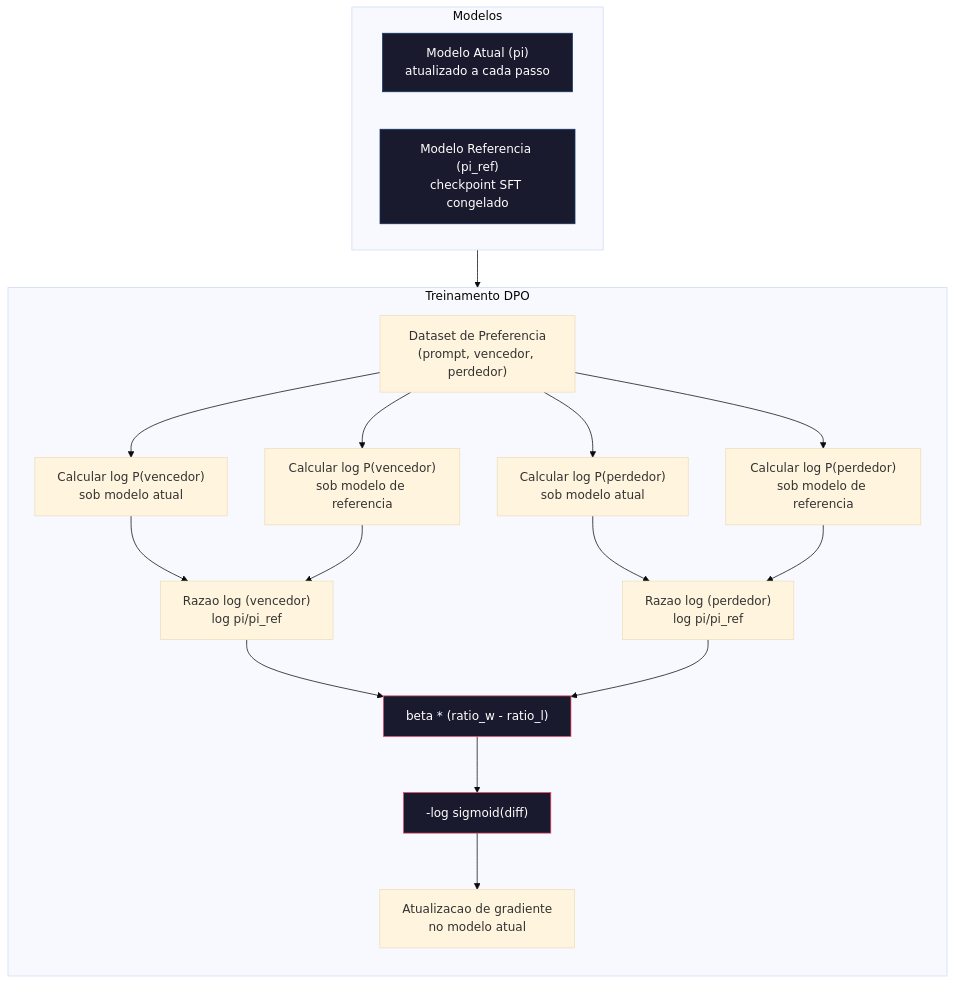
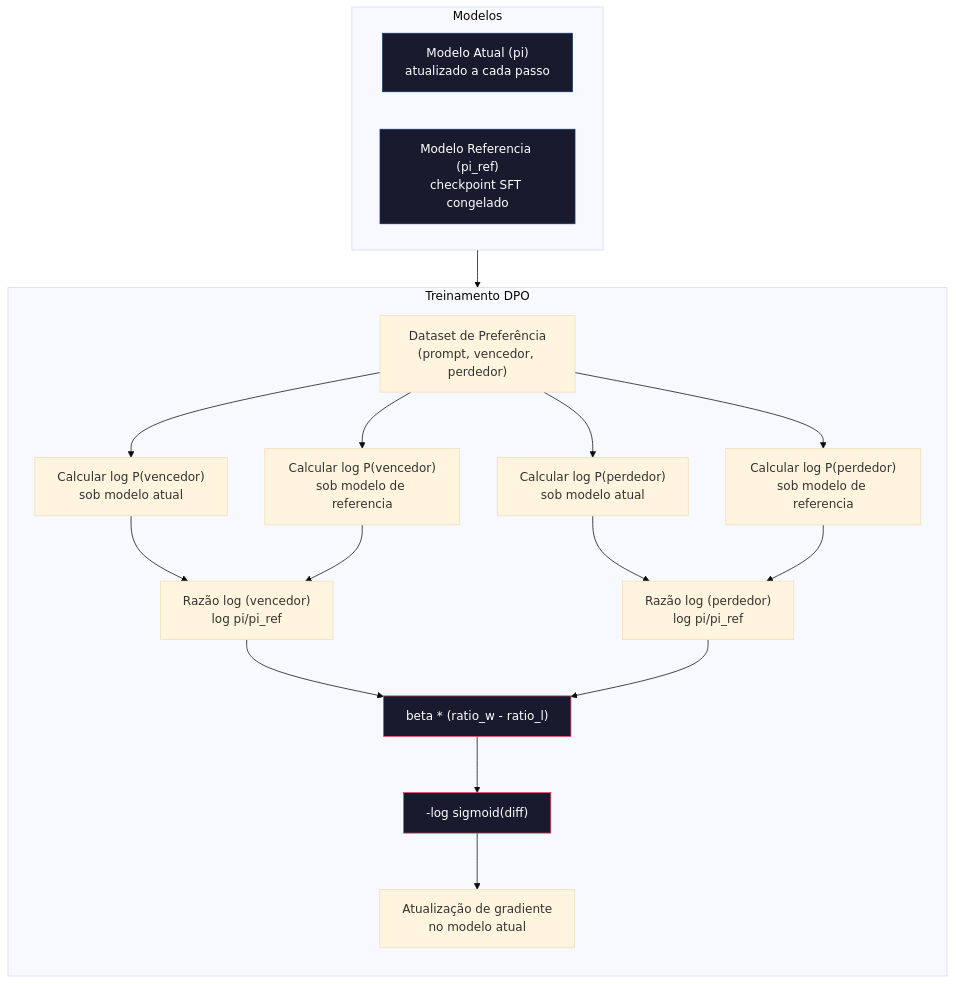
One commit to K3lvin-dev/ai-engineering-from-scratch changed the diagram in phases/10-llms-from-scratch/08-dpo/docs/pt-br.md. Above: the diagram before and after it, drawn with Mermaid (base theme). The commit also changed other lines of this file and 23 other files, not shown here.

````diff
--- a/phases/10-llms-from-scratch/08-dpo/docs/pt-br.md
+++ b/phases/10-llms-from-scratch/08-dpo/docs/pt-br.md
@@ -83,33 +83,33 @@
 ```mermaid
 graph TD
     subgraph DPO["Treinamento DPO"]
         direction TB
-        D["Dataset de Preferencia\n(prompt, vencedor, perdedor)"] --> P1["Calcular log P(vencedor)\nsob modelo atual"]
+        D["Dataset de Preferência\n(prompt, vencedor, perdedor)"] --> P1["Calcular log P(vencedor)\nsob modelo atual"]
         D --> P2["Calcular log P(perdedor)\nsob modelo atual"]
         D --> R1["Calcular log P(vencedor)\nsob modelo de referencia"]
         D --> R2["Calcular log P(perdedor)\nsob modelo de referencia"]
 
-        P1 --> RATIO_W["Razao log (vencedor)\nlog pi/pi_ref"]
+        P1 --> RATIO_W["Razão log (vencedor)\nlog pi/pi_ref"]
         R1 --> RATIO_W
-        P2 --> RATIO_L["Razao log (perdedor)\nlog pi/pi_ref"]
+        P2 --> RATIO_L["Razão log (perdedor)\nlog pi/pi_ref"]
         R2 --> RATIO_L
 
         RATIO_W --> DIFF["beta * (ratio_w - ratio_l)"]
         RATIO_L --> DIFF
 
         DIFF --> LOSS["-log sigmoid(diff)"]
-        LOSS --> UPDATE["Atualizacao de gradiente\nno modelo atual"]
+        LOSS --> UPDATE["Atualização de gradiente\nno modelo atual"]
     end
 
     subgraph Models["Modelos"]
         PI["Modelo Atual (pi)\natualizado a cada passo"]
         REF["Modelo Referencia (pi_ref)\ncheckpoint SFT congelado"]
     end
 
     Models --> DPO
 
     style PI fill:#1a1a2e,stroke:#0f3460,color:#fff
     style REF fill:#1a1a2e,stroke:#0f3460,color:#fff
     style LOSS fill:#1a1a2e,stroke:#e94560,color:#fff
     style DIFF fill:#1a1a2e,stroke:#e94560,color:#fff
 ```
````
